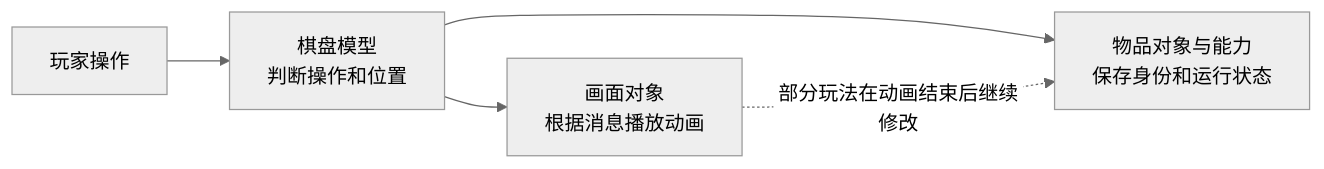
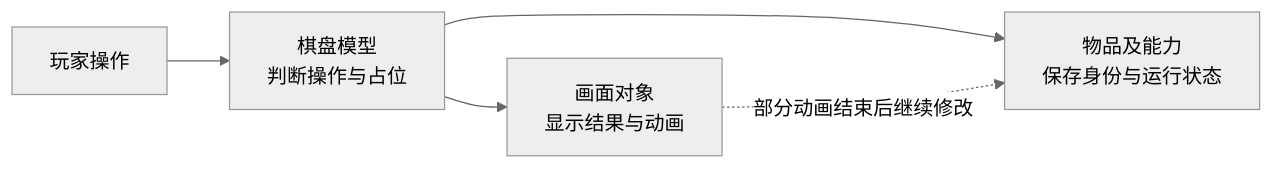
One commit to LIQIANGEASTSUN/MergeTwo changed the diagram in 参考项目/GossipHarbor_3.99.0/_分析实现方案/01_架构与数据模型.md. Above: the diagram before and after it, drawn with Mermaid (neutral theme). The commit also changed other lines of this file and 54 other files, not shown here.

````diff
--- a/参考项目/GossipHarbor_3.99.0/_分析实现方案/01_架构与数据模型.md
+++ b/参考项目/GossipHarbor_3.99.0/_分析实现方案/01_架构与数据模型.md
@@ -21,7 +11,7 @@
 ```mermaid
 flowchart LR
-    Input[玩家操作] --> Board["棋盘模型<br/>判断操作和位置"]
-    Board --> Items["物品对象与能力<br/>保存身份和运行状态"]
-    Board --> View["画面对象<br/>根据消息播放动画"]
-    View -.部分玩法在动画结束后继续修改.-> Items
+    Input[玩家操作] --> Board["棋盘模型<br/>判断操作与占位"]
+    Board --> Item["物品及能力<br/>保存身份与运行状态"]
+    Board --> View["画面对象<br/>显示结果与动画"]
+    View -.部分动画结束后继续修改.-> Item
 ```
````
